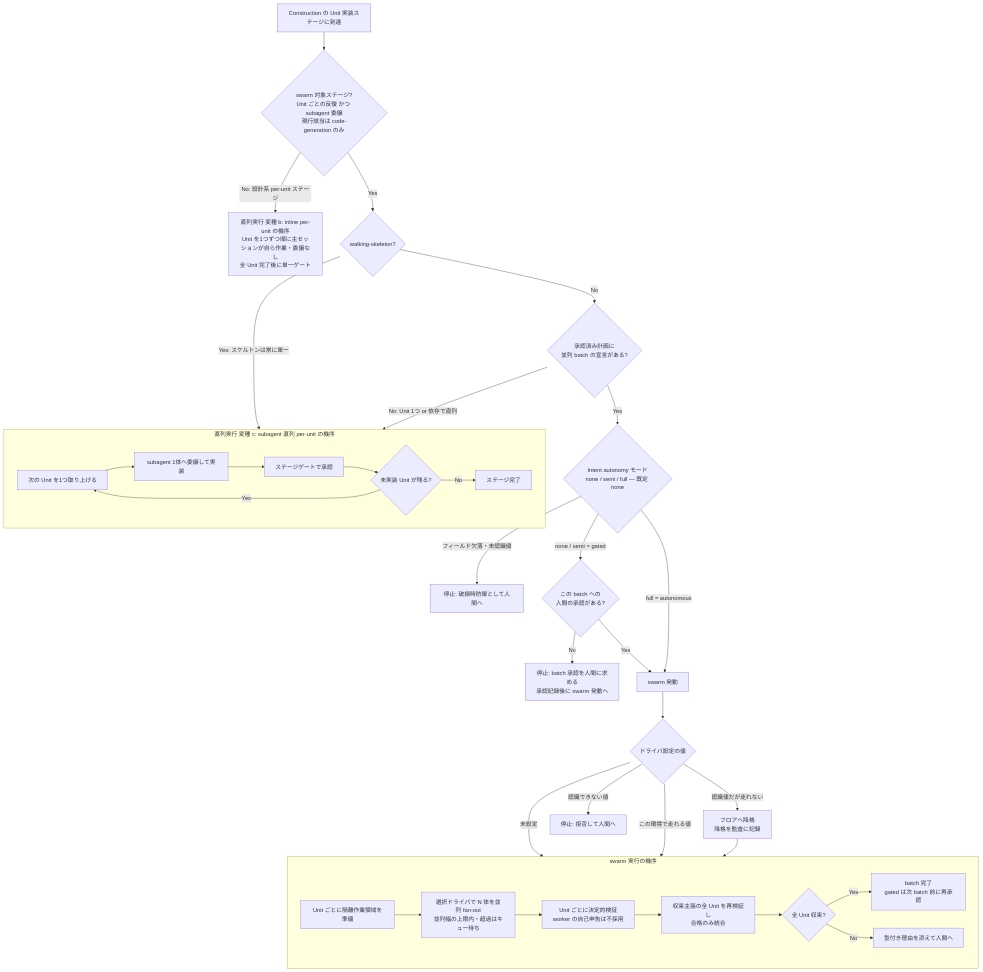
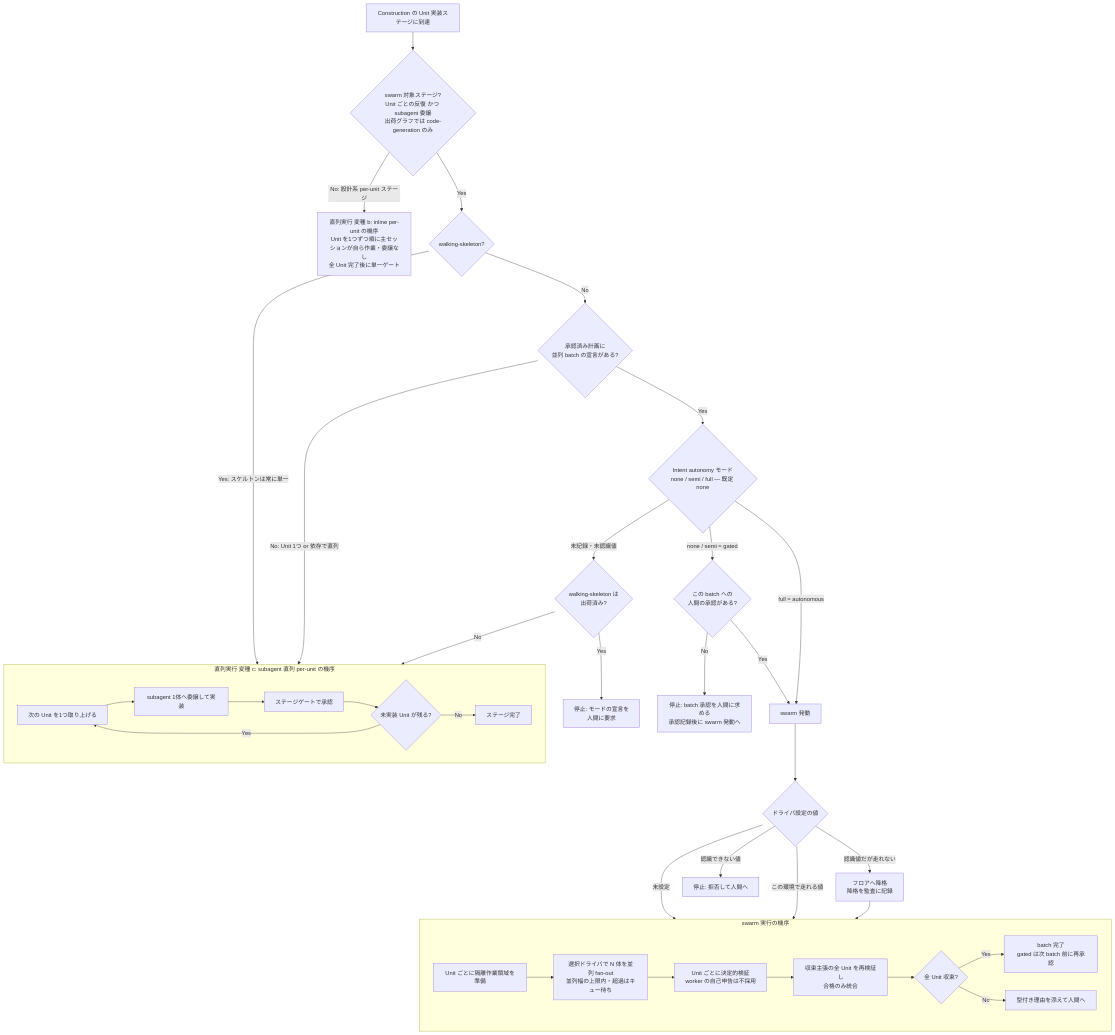
One commit to amadeus-dlc/amadeus changed the diagram in amadeus/spaces/default/specs/rfc/0002-unit-execution-model.md. Above: the diagram before and after it, drawn with Mermaid. The commit also changed other lines of this file and 1 other file, not shown here.

````diff
--- a/amadeus/spaces/default/specs/rfc/0002-unit-execution-model.md
+++ b/amadeus/spaces/default/specs/rfc/0002-unit-execution-model.md
@@ -143,33 +146,35 @@
 ```mermaid
 flowchart TD
-    A[Construction の Unit 実装ステージに到達] --> B{swarm 対象ステージ?<br/>Unit ごとの反復 かつ subagent 委譲<br/>現行該当は code-generation のみ}
+    A[Construction の Unit 実装ステージに到達] --> B{swarm 対象ステージ?<br/>Unit ごとの反復 かつ subagent 委譲<br/>出荷グラフでは code-generation のみ}
     B -- No: 設計系 per-unit ステージ --> SERB[直列実行 変種 b: inline per-unit の機序<br/>Unit を1つずつ順に主セッションが自ら作業・委譲なし<br/>全 Unit 完了後に単一ゲート]
     B -- Yes --> C{walking-skeleton?}
     C -- Yes: スケルトンは常に単一 --> SER
     C -- No --> D{承認済み計画に<br/>並列 batch の宣言がある?}
     D -- No: Unit 1つ or 依存で直列 --> SER
     D -- Yes --> E{Intent autonomy モード<br/>none / semi / full — 既定 none}
-    E -- フィールド欠落・未認識値 --> HALT1[停止: 破損時防御として人間へ]
+    E -- 未記録・未認識値 --> E2{walking-skeleton は<br/>出荷済み?}
+    E2 -- No --> SER
+    E2 -- Yes --> HALT1[停止: モードの宣言を<br/>人間に要求]
     E -- none / semi = gated --> F{この batch への<br/>人間の承認がある?}
     F -- No --> HALT2[停止: batch 承認を人間に求める<br/>承認記録後に swarm 発動へ]
     F -- Yes --> G[swarm 発動]
     E -- full = autonomous --> G
     G --> H{ドライバ設定の値}
     H -- 未設定 --> SWM
     H -- この環境で走れる値 --> SWM
     H -- 認識値だが走れない --> DEG[フロアへ降格<br/>降格を監査に記録] --> SWM
     H -- 認識できない値 --> HALT3[停止: 拒否して人間へ]
 
     subgraph SER[直列実行 変種 c: subagent 直列 per-unit の機序]
         S1[次の Unit を1つ取り上げる] --> S2[subagent 1体へ委譲して実装] --> S3[ステージゲートで承認] --> S4{未実装 Unit が残る?}
         S4 -- Yes --> S1
         S4 -- No --> S5[ステージ完了]
     end
 
     subgraph SWM[swarm 実行の機序]
         W1[Unit ごとに隔離作業領域を準備] --> W2[選択ドライバで N 体を並列 fan-out<br/>並列幅の上限内・超過はキュー待ち] --> W3[Unit ごとに決定的検証<br/>worker の自己申告は不採用] --> W4[収束主張の全 Unit を再検証し<br/>合格のみ統合]
         W4 --> W5{全 Unit 収束?}
         W5 -- Yes --> W6[batch 完了<br/>gated は次 batch 前に再承認]
         W5 -- No --> W7[型付き理由を添えて人間へ]
     end
 ```
````
